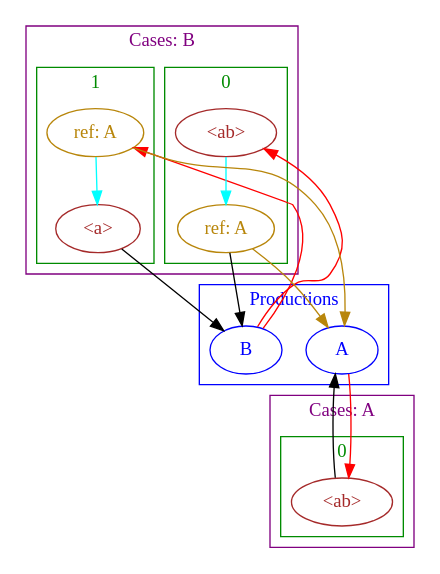
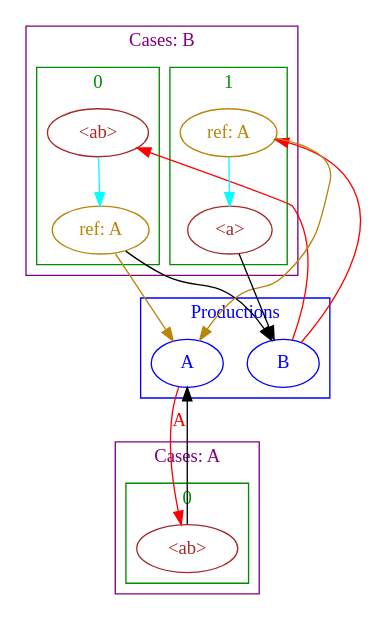
One commit to cosmicexplorer/simultaneous-productions changed the diagram in graphviz-test.dot. Above: the diagram before and after it, drawn with Graphviz. The commit also changed 4 other files, not shown here.

```diff
--- a/graphviz-test.dot
+++ b/graphviz-test.dot
@@ -1,66 +1,80 @@
 digraph test_sp_graph {
     compound = true;
 
     subgraph prods {
+        label = "Productions";
         cluster = true;
-        label = "Productions";
+        rank  = same;
+
         color = blue;
         fontcolor = blue;
         node [color="blue", fontcolor="blue"];
-        rank  = same;
+
         prod_a[label="A"];
         prod_b[label="B"];
     }
 
     subgraph a_prod {
+        label = "Cases: A";
         cluster = true;
-        label = "Cases: A";
+        rank = same;
+
         color = purple;
         fontcolor = purple;
-        rank = same;
+
         subgraph a_case_0 {
+            label = "0";
             cluster = true;
-            label = "0";
+            rank = same;
+
             color = green4;
             fontcolor = green4;
-            rank = same;
+
             vertex_0[label="<ab>", color="brown", fontcolor="brown"];
         }
     }
-    prod_a -> vertex_0[label="", color="red"];
-    vertex_0 -> prod_a[label="", color="black"];
+
+    prod_a -> vertex_0[label="A", color="red", fontcolor="red"];
+    vertex_0 -> prod_a[color="black"];
 
     subgraph b_prod {
+        label = "Cases: B";
         cluster = true;
-        label = "Cases: B";
+        rank = same;
+
         color = purple;
         fontcolor = purple;
-        rank = same;
+
         subgraph b_case_0 {
+            label = "0";
             cluster = true;
-            label = "0";
+            rank = same;
+
             color = green4;
             fontcolor = green4;
-            rank = same;
+
             vertex_1[label="<ab>", color="brown", fontcolor="brown"];
             vertex_2[label="ref: A", color="darkgoldenrod", fontcolor="darkgoldenrod"];
         }
         subgraph b_case_1 {
+            label = "1";
             cluster = true;
-            label = "1";
+            rank = same;
+
             color = green4;
             fontcolor = green4;
-            rank = same;
+
             vertex_3[label="ref: A", color="darkgoldenrod", fontcolor="darkgoldenrod"];
             vertex_4[label="<a>", color="brown", fontcolor="brown"];
         }
     }
-    prod_b -> vertex_1[label="", color="red"];
-    vertex_1 -> vertex_2[label="", color="aqua"];
-    vertex_2 -> prod_a[label="", color="darkgoldenrod"];
-    vertex_2 -> prod_b[label="", color="black"];
-    prod_b -> vertex_3[label="", color="red"];
-    vertex_3 -> prod_a[label="", color="darkgoldenrod"];
-    vertex_3 -> vertex_4[label="", color="aqua"];
-    vertex_4 -> prod_b[label="", color="black"];
+
+    prod_b -> vertex_1[color="red"];
+    vertex_1 -> vertex_2[color="aqua"];
+    vertex_2 -> prod_a[color="darkgoldenrod"];
+    vertex_2 -> prod_b[color="black"];
+    prod_b -> vertex_3[color="red"];
+    vertex_3 -> prod_a[color="darkgoldenrod"];
+    vertex_3 -> vertex_4[color="aqua"];
+    vertex_4 -> prod_b[color="black"];
 }
```
